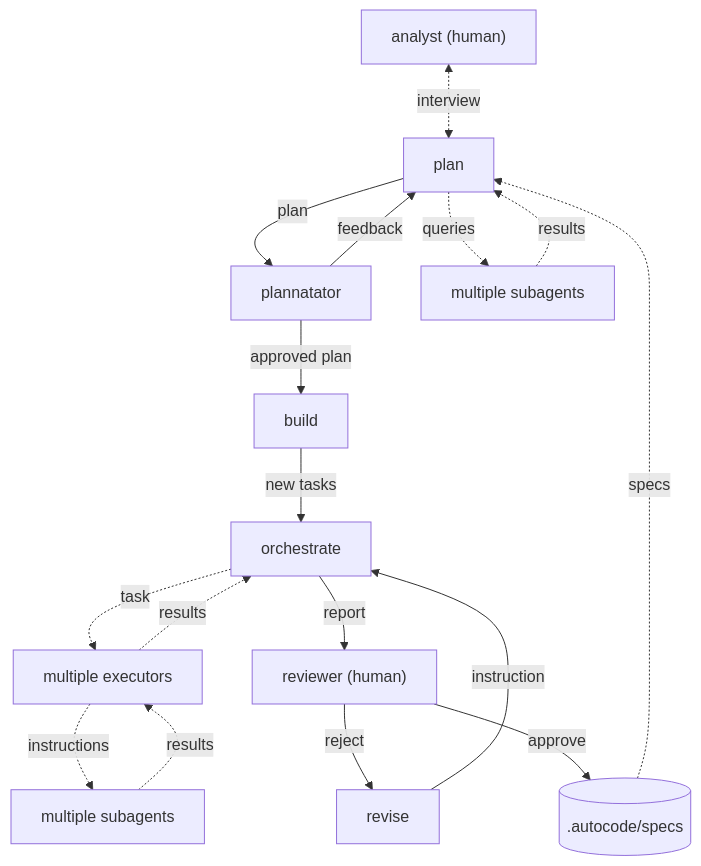
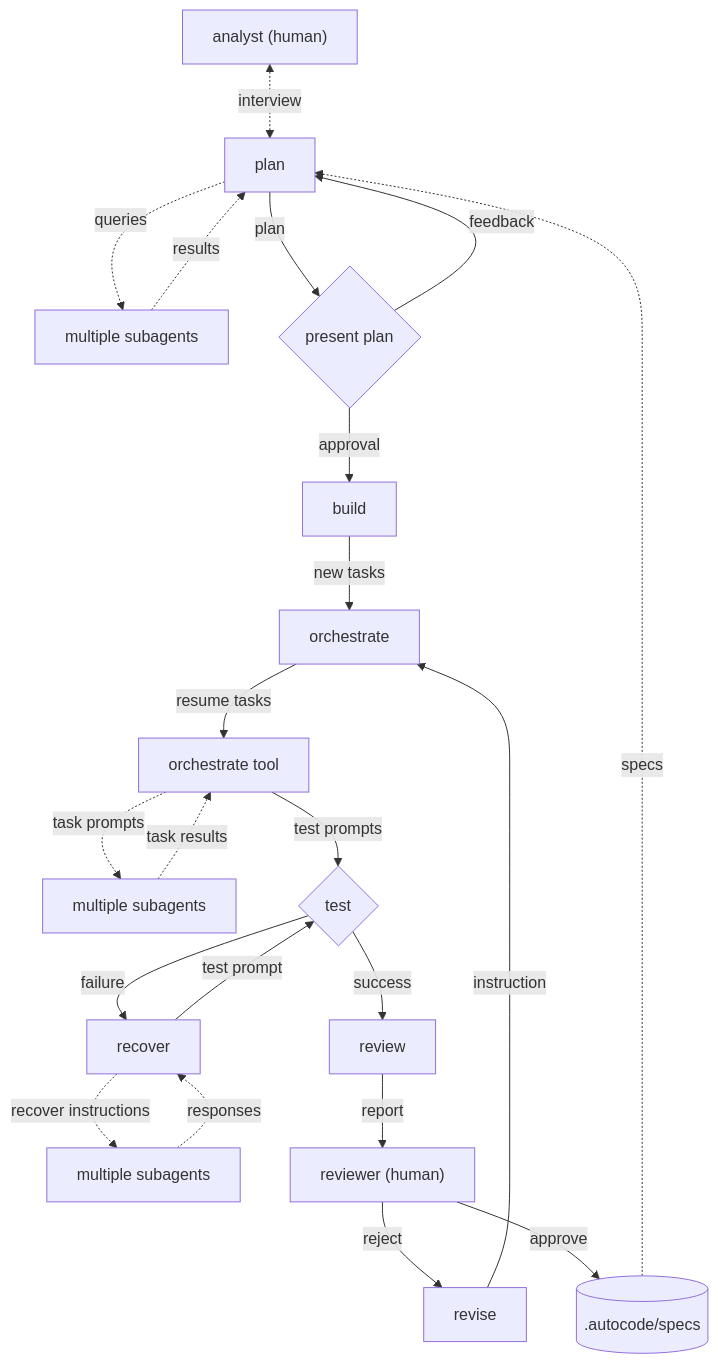
The diagram in README.md (ahumandev/autocode), drawn with Mermaid before and after one commit. The commit also changed other lines of this file and 47 other files, not shown here.

Commit message:
Refactor entire flow and include agents.

````diff
--- a/README.md
+++ b/README.md
@@ -84,23 +89,29 @@
 ```mermaid
 flowchart TB
   analyst["analyst (human)"] <.->|interview| plan
     
-  plan -->|plan| plannatator
   plan .->|queries| plan_agents["multiple subagents"]
   plan_agents .->|results| plan
+  plan -->|plan| plannatator{"present plan"}
   plannatator -->|feedback| plan
-  plannatator -->|approved plan| build
+  plannatator -->|approval| build
 
   build -->|new tasks| orchestrate
 
-  orchestrate .->|task| execute
-  execute["multiple executors"] .->|instructions| execute_agents["multiple subagents"]
-  execute_agents .->|results| execute
-  execute .->|results| orchestrate
-  orchestrate -->|report| reviewer["reviewer (human)"]
+  orchestrate -->|resume tasks| orchestrate_tool["orchestrate tool"]
+  orchestrate_tool .->|task prompts| orchestrate_agents["multiple subagents"]
+  orchestrate_agents .->|task results| orchestrate_tool
+  orchestrate_tool -->|test prompts| test{test}
 
+  test -->|failure| recover
+  recover .->|recover instructions| recover_agents["multiple subagents"]
+  recover_agents .->|responses| recover
+  recover --> |test prompt|test
+
+  test -->|success| review
+  review -->|report| reviewer["reviewer (human)"]
   reviewer -->|reject| revise
   revise -->|instruction| orchestrate
   reviewer -->|approve| specs_dir[(".autocode/specs")]
   specs_dir .->|specs| plan
 ```
````
